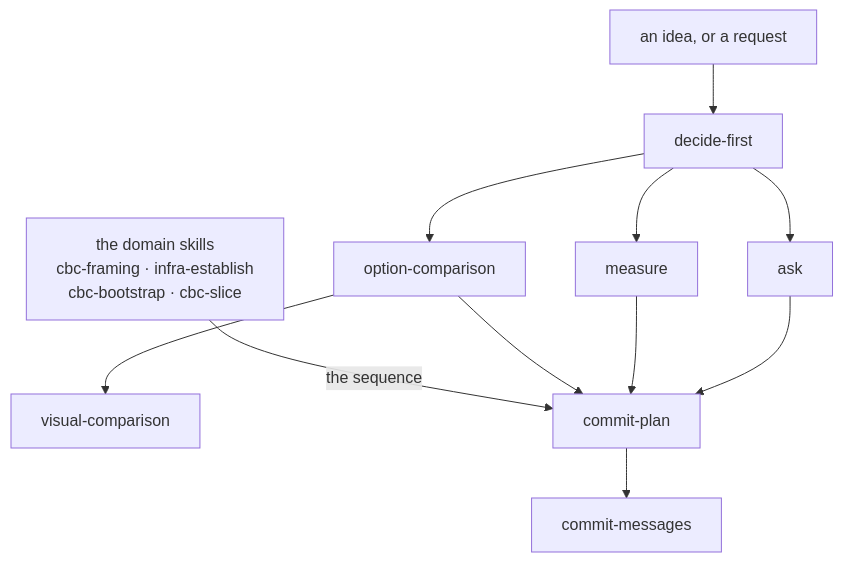
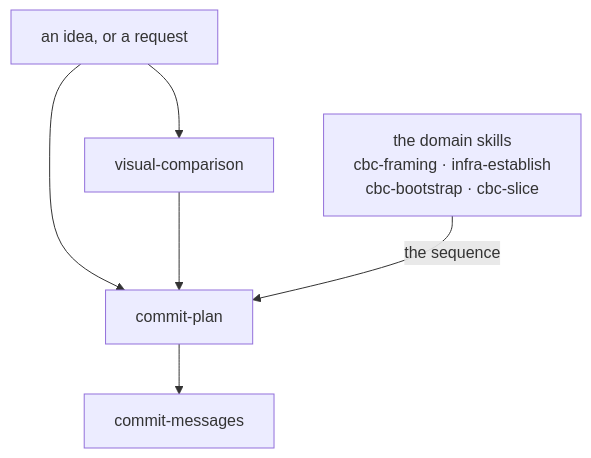
One commit to edgaras87/correctness-by-construction changed the diagram in docs/conventions/README.md. Above: the diagram before and after it, drawn with Mermaid. The commit also changed other lines of this file and 14 other files, not shown here.

First line of the commit message:
docs: discard decide-first and option-comparison, project side

````diff
--- a/docs/conventions/README.md
+++ b/docs/conventions/README.md
@@ -45,23 +43,14 @@
 ```mermaid
 flowchart TB
     idea["an idea, or a request"]
-    df["decide-first"]
-    ask["ask"]
-    meas["measure"]
-    oc["option-comparison"]
     vc["visual-comparison"]
     cp["commit-plan"]
     cm["commit-messages"]
     dom["the domain skills<br/>cbc-framing · infra-establish<br/>cbc-bootstrap · cbc-slice"]
 
-    idea --> df
-    df --> ask
-    df --> meas
-    df --> oc
-    oc --> vc
-    ask --> cp
-    meas --> cp
-    oc --> cp
+    idea --> vc
+    idea --> cp
+    vc --> cp
     dom -- "the sequence" --> cp
     cp --> cm
 ```
````
